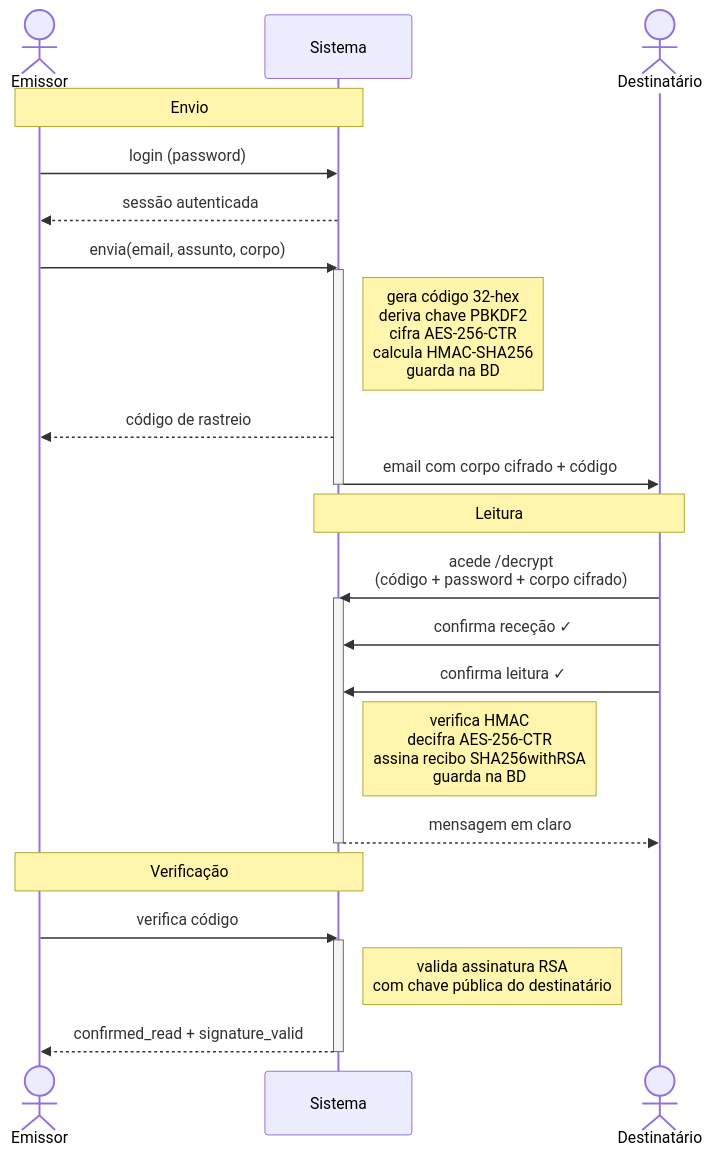
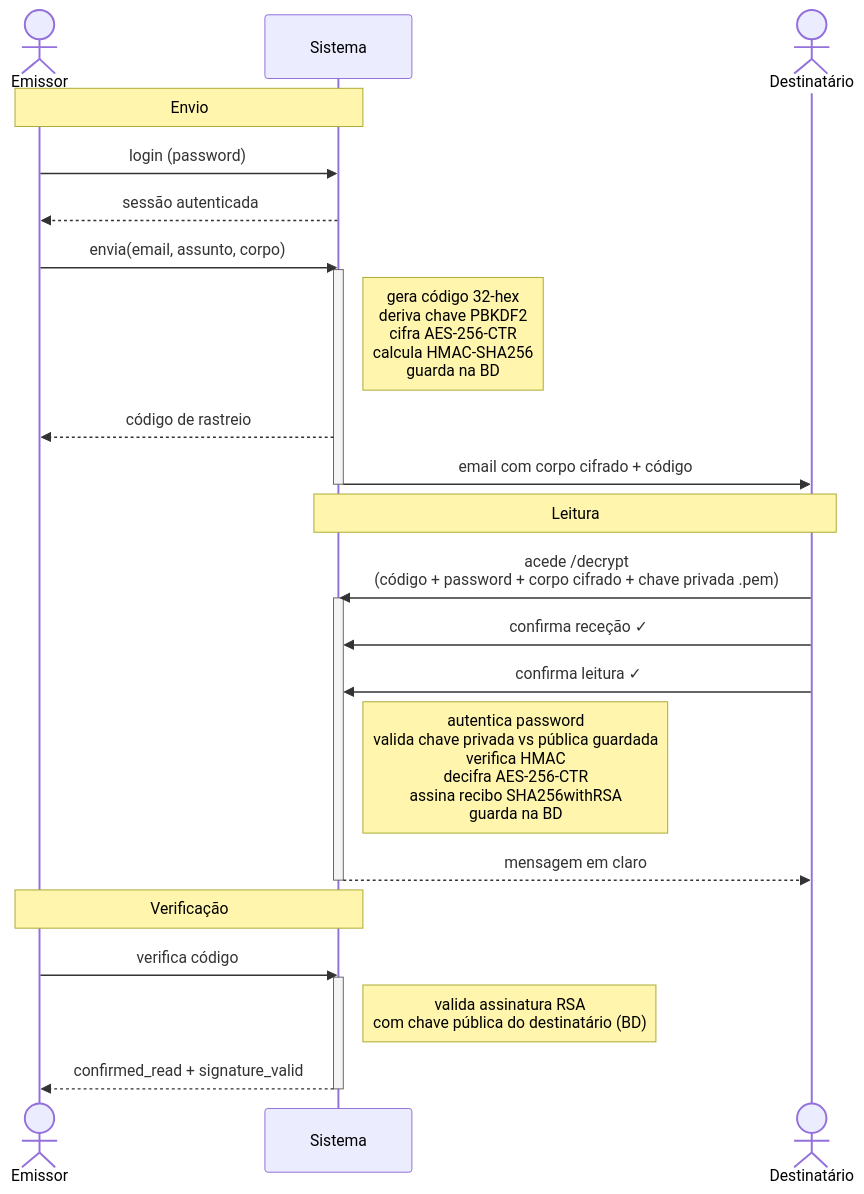
The second of 5 diagrams in diagramas_OK-Eu-CONFESSO.md (Brunocor26/SI_Ok_Eu_CONFESSO), drawn with Mermaid before and after one commit. The commit also changed other lines of this file and 11 other files, not shown here.

Commit message:
feat: enhance message decryption flow with private key validation and update related components

````diff
--- a/diagramas_OK-Eu-CONFESSO.md
+++ b/diagramas_OK-Eu-CONFESSO.md
@@ -62,33 +62,33 @@
 ```mermaid
 sequenceDiagram
     actor Emissor
     participant Srv as Sistema
     actor Destinatário
 
     Note over Emissor,Srv: Envio
     Emissor->>Srv: login (password)
     Srv-->>Emissor: sessão autenticada
 
     Emissor->>Srv: envia(email, assunto, corpo)
     activate Srv
     Note right of Srv: gera código 32-hex<br/>deriva chave PBKDF2<br/>cifra AES-256-CTR<br/>calcula HMAC-SHA256<br/>guarda na BD
     Srv-->>Emissor: código de rastreio
     Srv->>Destinatário: email com corpo cifrado + código
     deactivate Srv
 
     Note over Destinatário,Srv: Leitura
-    Destinatário->>Srv: acede /decrypt<br/>(código + password + corpo cifrado)
+    Destinatário->>Srv: acede /decrypt<br/>(código + password + corpo cifrado + chave privada .pem)
     activate Srv
     Destinatário->>Srv: confirma receção ✓
     Destinatário->>Srv: confirma leitura ✓
-    Note right of Srv: verifica HMAC<br/>decifra AES-256-CTR<br/>assina recibo SHA256withRSA<br/>guarda na BD
+    Note right of Srv: autentica password<br/>valida chave privada vs pública guardada<br/>verifica HMAC<br/>decifra AES-256-CTR<br/>assina recibo SHA256withRSA<br/>guarda na BD
     Srv-->>Destinatário: mensagem em claro
     deactivate Srv
 
     Note over Emissor,Srv: Verificação
     Emissor->>Srv: verifica código
     activate Srv
-    Note right of Srv: valida assinatura RSA<br/>com chave pública do destinatário
+    Note right of Srv: valida assinatura RSA<br/>com chave pública do destinatário (BD)
     Srv-->>Emissor: confirmed_read + signature_valid
     deactivate Srv
 ```
````
